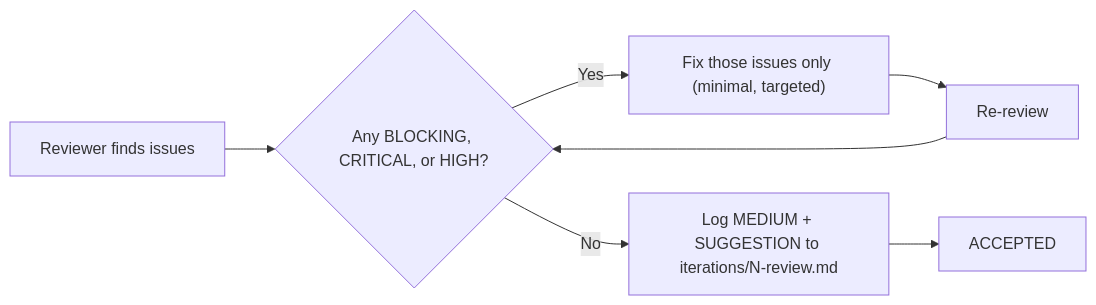
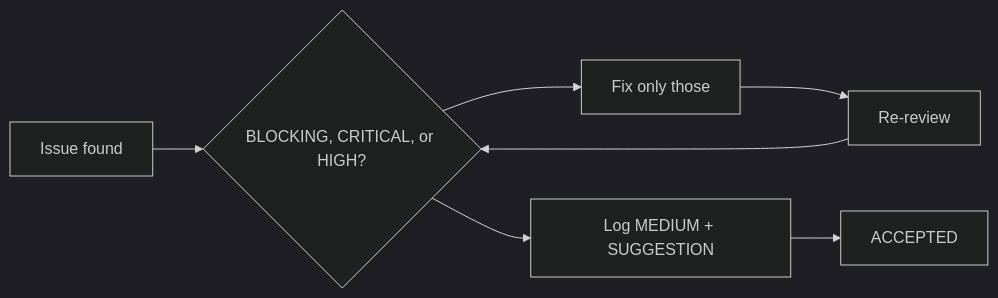
One commit to Nayeem170/KoThok changed the fifth of 9 diagrams in docs/AGENTIC_PIPELINE.md. Above: the diagram before and after it, drawn with Mermaid. The commit also changed other lines of this file and 1 other file, not shown here.

First line of the commit message:
docs: rewrite pipeline diagrams for dark mode readability

````diff
--- a/docs/AGENTIC_PIPELINE.md
+++ b/docs/AGENTIC_PIPELINE.md
@@ -334,9 +305,10 @@
 ```mermaid
+%%{init: {'theme': 'dark'}}%%
 flowchart LR
-    I["Reviewer finds issues"] --> B{"Any BLOCKING, CRITICAL, or HIGH?"}
-    B -- Yes --> FIX["Fix those issues only (minimal, targeted)"]
-    FIX --> RE2["Re-review"]
-    B -- No --> LOG["Log MEDIUM + SUGGESTION to iterations/N-review.md"]
+    ISSUE["Issue found"] --> SEV{"BLOCKING, CRITICAL, or HIGH?"}
+    SEV --> FIX["Fix only those"]
+    FIX --> CHK["Re-review"]
+    CHK --> SEV
+    SEV --> LOG["Log MEDIUM + SUGGESTION"]
     LOG --> ACC["ACCEPTED"]
-    RE2 --> B
 ```
````
